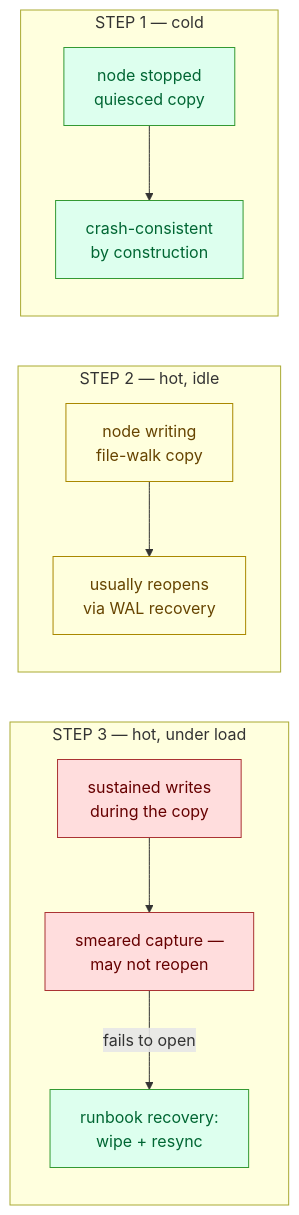
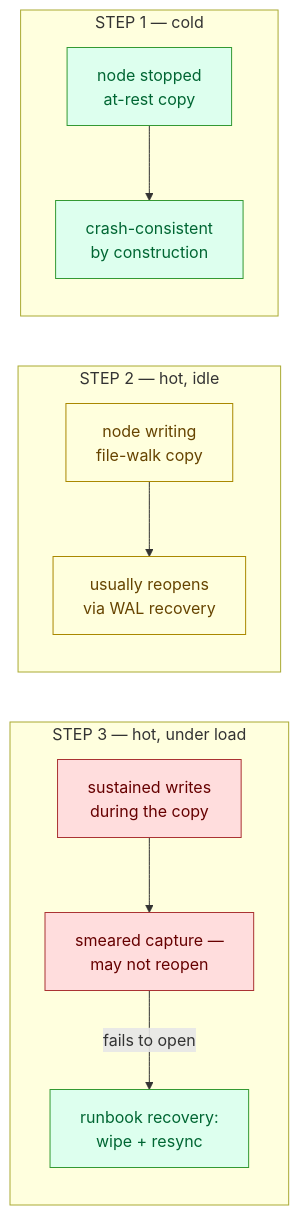
Before and after one commit to jaravan/besu-chaos-engineering: the diagram in scenarios/09-snapshot-restore/README.md, drawn with Mermaid. The commit also changed other lines of this file and 5 other files, not shown here.

````diff
--- a/scenarios/09-snapshot-restore/README.md
+++ b/scenarios/09-snapshot-restore/README.md
@@ -18,16 +18,16 @@
 ```mermaid
 graph LR
     subgraph s3["STEP 3 — hot, under load"]
       l1["sustained writes<br/>during the copy"]:::risk --> l2["smeared capture —<br/>may not reopen"]:::risk
       l2 -->|"fails to open"| l3["runbook recovery:<br/>wipe + resync"]:::safe
     end
     subgraph s2["STEP 2 — hot, idle"]
       h1["node writing<br/>file-walk copy"]:::warn --> h2["usually reopens<br/>via WAL recovery"]:::warn
     end
     subgraph s1["STEP 1 — cold"]
-      c1["node stopped<br/>quiesced copy"]:::safe --> c2["crash-consistent<br/>by construction"]:::safe
+      c1["node stopped<br/>at-rest copy"]:::safe --> c2["crash-consistent<br/>by construction"]:::safe
     end
     classDef safe fill:#dfe,stroke:#393,color:#063
     classDef warn fill:#ffd,stroke:#a80,color:#640
     classDef risk fill:#fdd,stroke:#a33,color:#600
 ```
````
